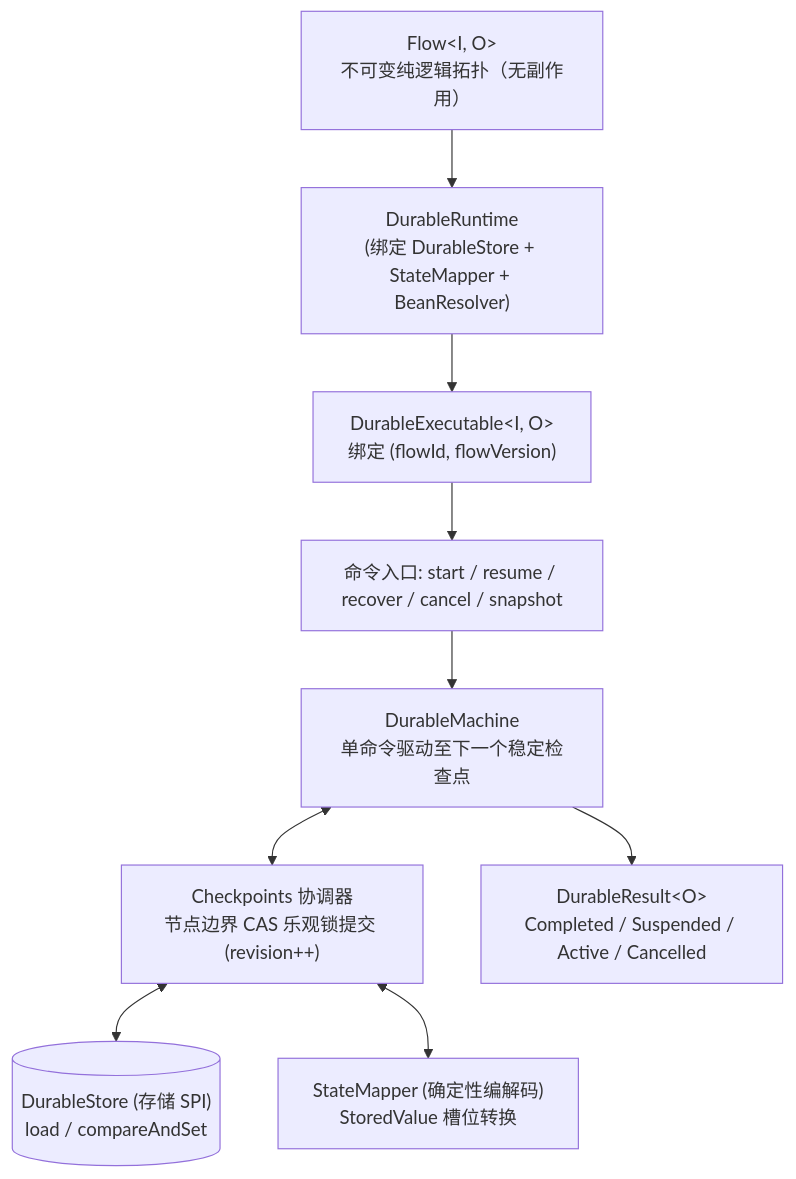
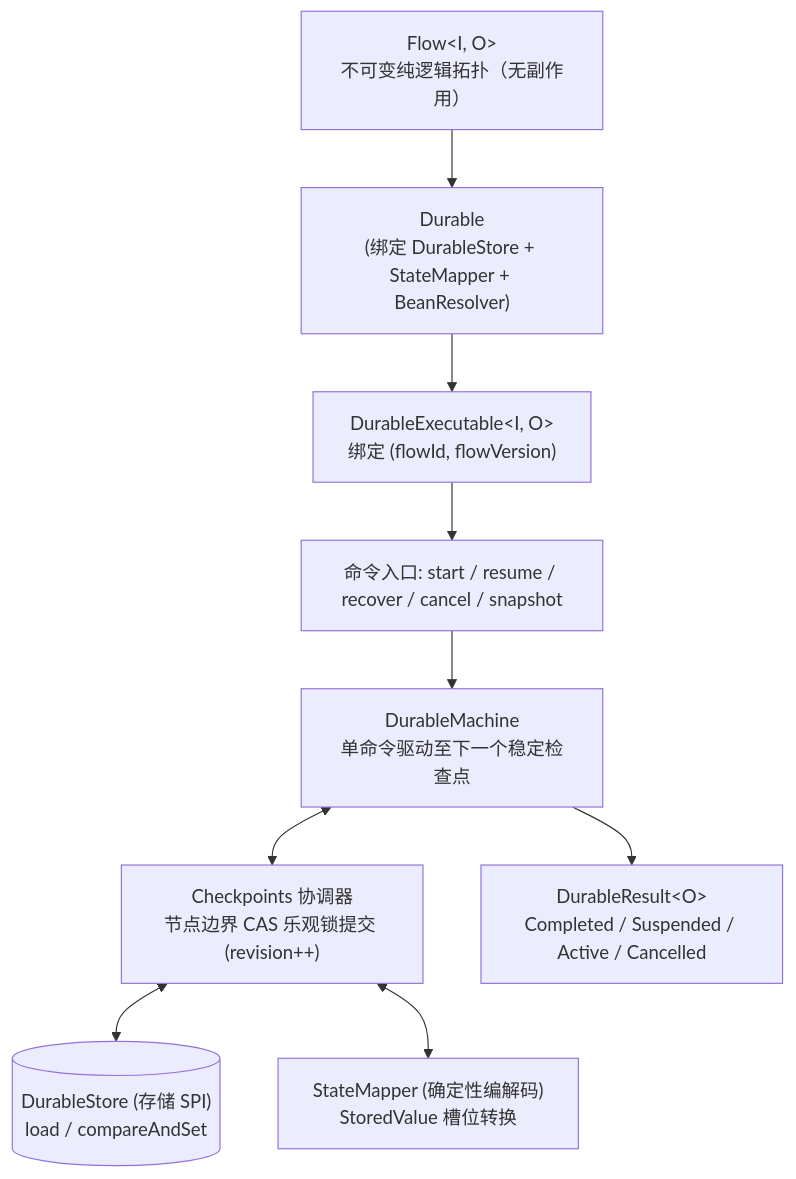
One commit to team4u/team4u-framework changed the first of 3 diagrams in docs/flow/flow-durable-core.md. Above: the diagram before and after it, drawn with Mermaid. The commit also changed other lines of this file and 33 other files, not shown here.

Commit message:
refactor(flow-durable): rename DurableRuntime to Durable for symmetric facade architecture

````diff
--- a/docs/flow/flow-durable-core.md
+++ b/docs/flow/flow-durable-core.md
@@ -11,14 +11,14 @@
 ```mermaid
 graph TD
-    F["Flow&lt;I, O&gt;<br/>不可变纯逻辑拓扑（无副作用）"] --> RT["DurableRuntime<br/>(绑定 DurableStore + StateMapper + BeanResolver)"]
+    F["Flow&lt;I, O&gt;<br/>不可变纯逻辑拓扑（无副作用）"] --> RT["Durable<br/>(绑定 DurableStore + StateMapper + BeanResolver)"]
     RT --> EX["DurableExecutable&lt;I, O&gt;<br/>绑定 (flowId, flowVersion)"]
     
     EX --> CMD["命令入口: start / resume / recover / cancel / snapshot"]
     CMD --> M["DurableMachine<br/>单命令驱动至下一个稳定检查点"]
     
     M <--> CK["Checkpoints 协调器<br/>节点边界 CAS 乐观锁提交 (revision++)"]
     CK <--> ST[("DurableStore (存储 SPI)<br/>load / compareAndSet")]
     CK <--> SM["StateMapper (确定性编解码)<br/>StoredValue 槽位转换"]
     
     M --> RES["DurableResult&lt;O&gt;<br/>Completed / Suspended / Active / Cancelled"]
 ```
````
